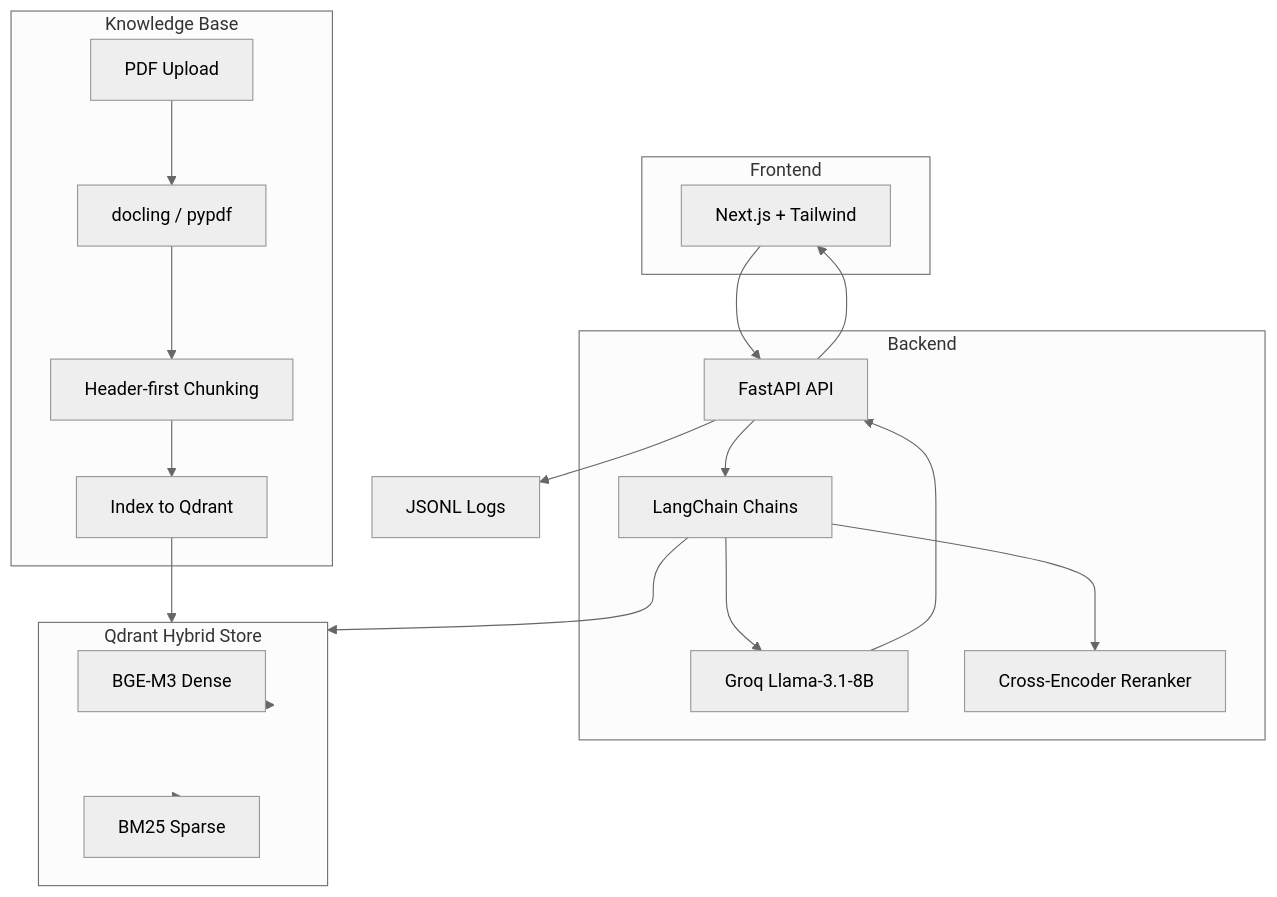
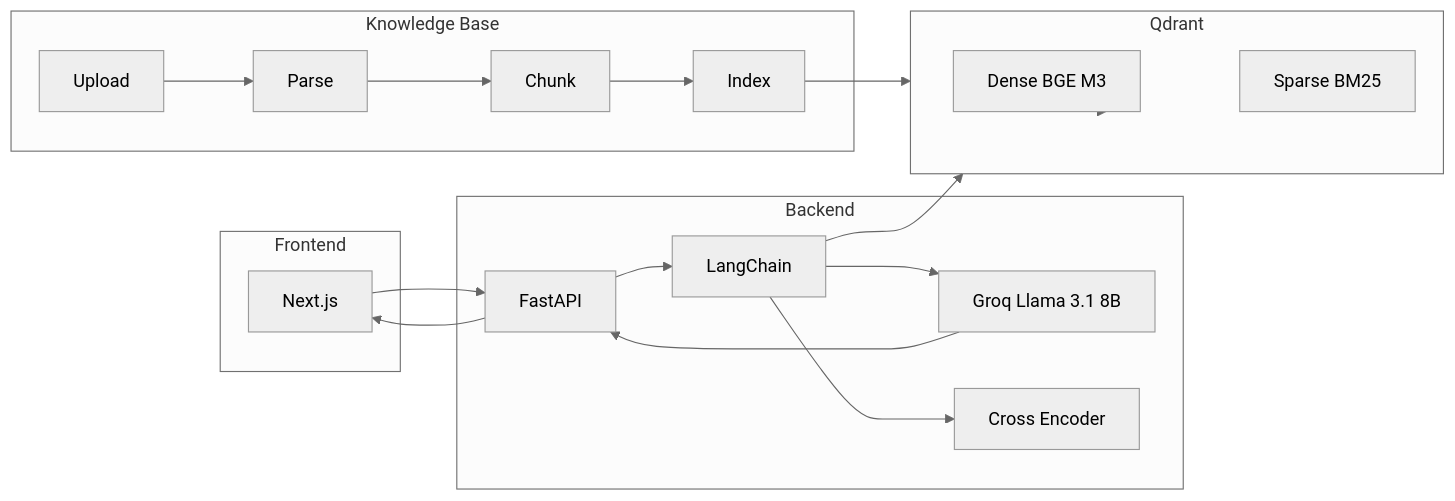
The diagram in README.md (jacoblimjy/TechJam), drawn with Mermaid (neutral theme) before and after one commit.

````diff
--- a/README.md
+++ b/README.md
@@ -146,38 +146,35 @@
 ```mermaid
-flowchart TD
-  subgraph Frontend
-    UI[Next.js + Tailwind]
+flowchart LR
+  subgraph FE[Frontend]
+    UI[Next.js]
   end
 
-  subgraph Backend
-    API[FastAPI API]
-    Chains[LangChain Chains]
-    LLM[Groq Llama-3.1-8B]
-    Rerank[Cross-Encoder Reranker]
+  subgraph BE[Backend]
+    API[FastAPI]
+    LC[LangChain]
+    LLM[Groq Llama 3.1 8B]
+    CE[Cross Encoder]
   end
 
-  subgraph VectorDB[Qdrant Hybrid Store]
-    Dense[BGE-M3 Dense]
-    Sparse[BM25 Sparse]
+  subgraph DB[Qdrant]
+    D[Dense BGE M3]
+    S[Sparse BM25]
   end
 
   subgraph KB[Knowledge Base]
-    Upload[PDF Upload]
-    Parse[docling / pypdf]
-    Chunk[Header-first Chunking]
-    Index[Index to Qdrant]
+    U[Upload]
+    P[Parse]
+    C[Chunk]
+    I[Index]
   end
 
-  %% Connections
-  UI --> API
-  API --> Chains
-  Chains --> VectorDB
-  VectorDB --> Dense
-  VectorDB --> Sparse
-  Chains --> Rerank
-  Chains --> LLM
-  LLM --> API
-  API --> UI
-  Upload --> Parse --> Chunk --> Index --> VectorDB
-  API --> Logs[JSONL Logs]
+  UI --> API --> LC
+  LC --> DB
+  DB --> D
+  DB --> S
+  LC --> CE
+  LC --> LLM
+  LLM --> API --> UI
+
+  U --> P --> C --> I --> DB
 ```
````
